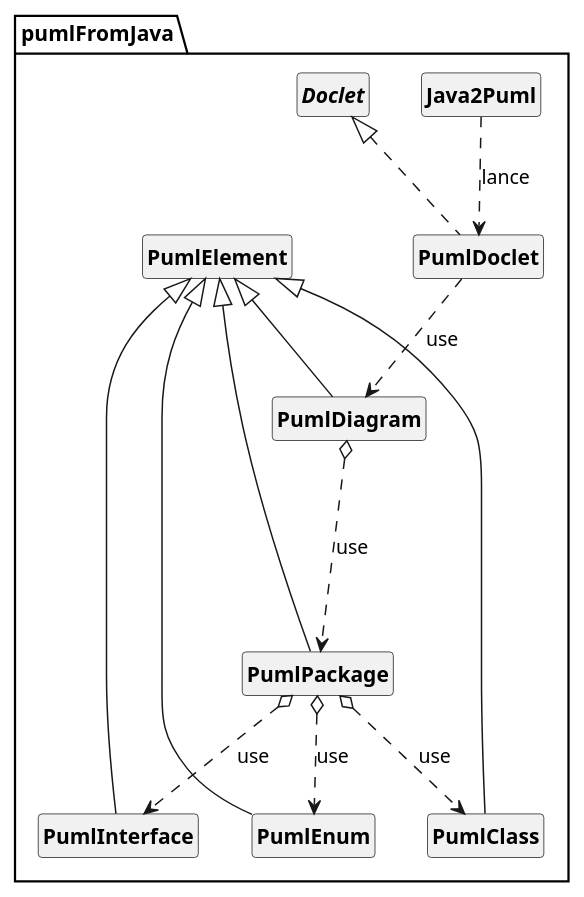
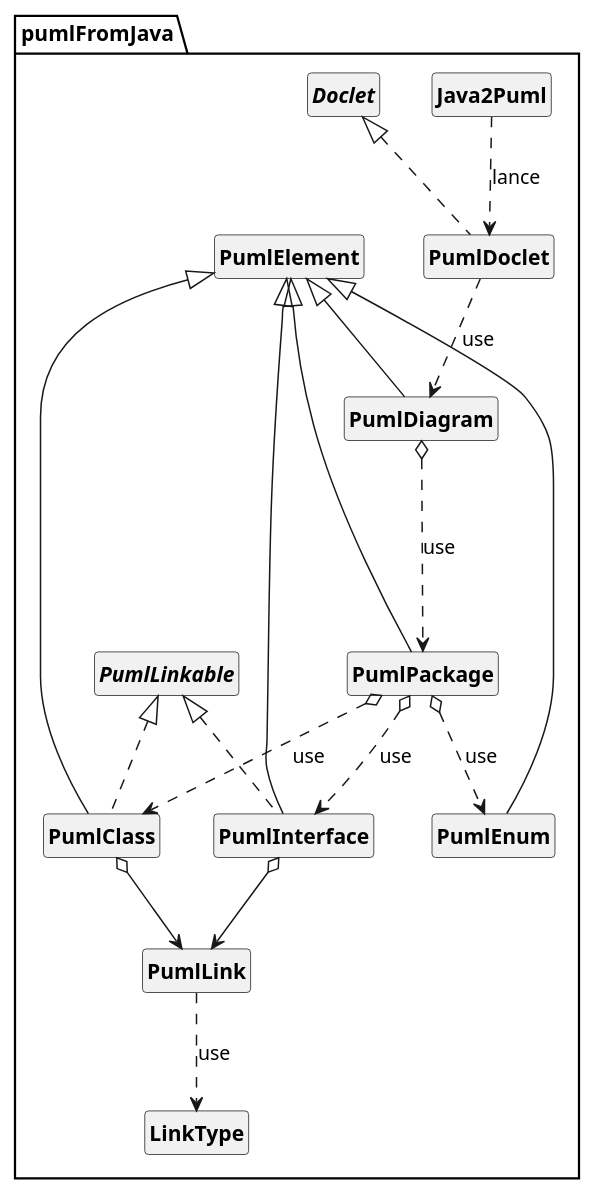
Before and after one commit to Lykomonix/API-JAVAtoPUML: the diagram in uml/DCA API.puml, drawn with PlantUML.

Commit message:
[*]mise à jour du DCA de l'API

```diff
--- a/uml/DCA API.puml
+++ b/uml/DCA API.puml
@@ -1,50 +1,44 @@
 @startuml
 
 skinparam style strictuml
 skinparam classAttributeIconSize 0
 skinparam classFontStyle Bold
 hide empty members
 
 Package "pumlFromJava" {
 
 class Java2Puml
-{
-}
 
 class PumlDoclet implements Doclet
-{
-}
 
 class PumlElement
-{
-}
 
 class PumlDiagram extends PumlElement
-{
-}
 
-class PumlClass extends PumlElement
-{
-}
+class PumlClass extends PumlElement implements PumlLinkable
 
 class PumlEnum extends PumlElement
-{
-}
 
-class PumlInterface extends PumlElement
-{
-}
+class PumlInterface extends PumlElement implements PumlLinkable
 
 class PumlPackage extends PumlElement
-{
-}
+
+class PumlLink
+
+Interface PumlLinkable
+
+enum LinkType
 
 PumlDoclet ..> PumlDiagram : use
 Java2Puml ..> PumlDoclet : lance
 PumlDiagram o...> PumlPackage : use
 PumlPackage o..> PumlClass : use
 PumlPackage o..> PumlInterface : use
 PumlPackage o..> PumlEnum : use
+PumlLink ..> LinkType : use
+PumlInterface o--> PumlLink
+PumlClass o--> PumlLink
+
 }
 
 @enduml
```
